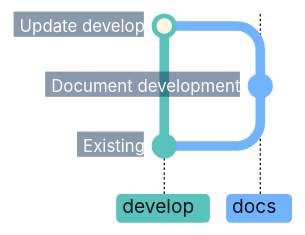
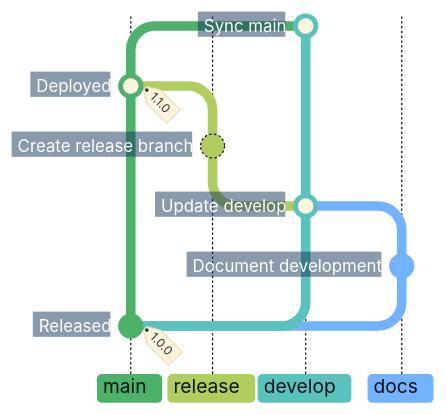
Before and after one commit to superhero/operations.superduper.solutions: the fifth of 7 diagrams in docs/adr/cicd.md, drawn with Mermaid. The commit also changed other lines of this file, not shown here.

Commit message:
docs: restore the release cycle in the develop docs graph
Show documentation merging into develop before release publication and synchronization. Omit the later direct docs-to-main change, keeping the separate release and main documentation diagrams.

````diff
--- a/docs/adr/cicd.md
+++ b/docs/adr/cicd.md
@@ -178,14 +179,23 @@
 ```mermaid
-%%{init: {"theme": "base", "themeCSS": "line.branch { stroke: #8B949E; stroke-width: 1px; stroke-dasharray: 1 4; stroke-linecap: round; } .branchLabel, .tag-label { font-weight: 700; } .tag-label-bkg, .commit-label-bkg { opacity: 0.9; } .tag-label-bkg { fill: #B8E6C4; stroke: #8ED3A2; } .branchLabelBkg { opacity: 1; clip-path: inset(0 8px 0 0 round 4px) fill-box; } .commit-labels g:last-of-type { visibility: hidden; } .commit-labels g { transform-box: fill-box; transform-origin: calc(100% + 17px) calc(50% + 2px); transform: rotate(-10deg); } .commit-label { font-weight: 700; transform: translateX(-8px); } .commit-label-bkg { stroke: #17365D; stroke-width: 20px; transform: translateX(-5px); clip-path: polygon(-4px -4px, calc(100% + 4px) -4px, calc(100% + 10px) 50%, calc(100% + 4px) calc(100% + 4px), -4px calc(100% + 4px)) fill-box; }", "gitGraph": {"mainBranchName": "develop", "showCommitLabel": true, "rotateCommitLabel": false}, "themeVariables": {
+%%{init: {"theme": "base", "themeCSS": "line.branch { stroke: #8B949E; stroke-width: 1px; stroke-dasharray: 1 4; stroke-linecap: round; } .branchLabel, .tag-label { font-weight: 700; } .tag-label-bkg, .commit-label-bkg { opacity: 0.9; } .tag-label-bkg { fill: #B8E6C4; stroke: #8ED3A2; } .branchLabelBkg { opacity: 1; clip-path: inset(0 8px 0 0 round 4px) fill-box; } .commit-labels g:last-of-type { visibility: hidden; } .commit-labels g { transform-box: fill-box; transform-origin: calc(100% + 17px) calc(50% + 2px); transform: rotate(-10deg); } .commit-label { font-weight: 700; transform: translateX(-8px); } .commit-label-bkg { stroke: #17365D; stroke-width: 20px; transform: translateX(-5px); clip-path: polygon(-4px -4px, calc(100% + 4px) -4px, calc(100% + 10px) 50%, calc(100% + 4px) calc(100% + 4px), -4px calc(100% + 4px)) fill-box; } .commit.branch { stroke: #B1CD5E; stroke-dasharray: none; }", "gitGraph": {"showCommitLabel": true, "rotateCommitLabel": false}, "themeVariables": {
     "commitLabelFontSize": "14px", "commitLabelColor": "#FFFFFF", "commitLabelBackground": "#17365D",
-    "git0": "#57C3BC", "gitBranchLabel0": "#0D1117",
-    "git1": "#71B3FF", "gitBranchLabel1": "#0D1117"
+    "git0": "#4CB269", "gitBranchLabel0": "#0D1117",
+    "git1": "#B1CD5E", "gitBranchLabel1": "#0D1117",
+    "git2": "#57C3BC", "gitBranchLabel2": "#0D1117",
+    "git3": "#71B3FF", "gitBranchLabel3": "#0D1117"
 }}}%%
 gitGraph BT:
-    %% Hide the existing target commit note while retaining its connection.
-    commit id: "Existing"
-    branch docs order: 1
+    %% Hide the initial note while retaining its commit connection and tag.
+    commit id: "Released" tag: "1.0.0"
+    branch develop order: 2
+    branch docs order: 3
     commit id: "Document development"
     checkout develop
     merge docs id: "Update develop"
+    branch release order: 1
+    commit id: "Create release branch"
+    checkout main
+    merge release id: "Deployed" tag: "1.1.0"
+    checkout develop
+    merge main id: "Sync main"
 ```
````
